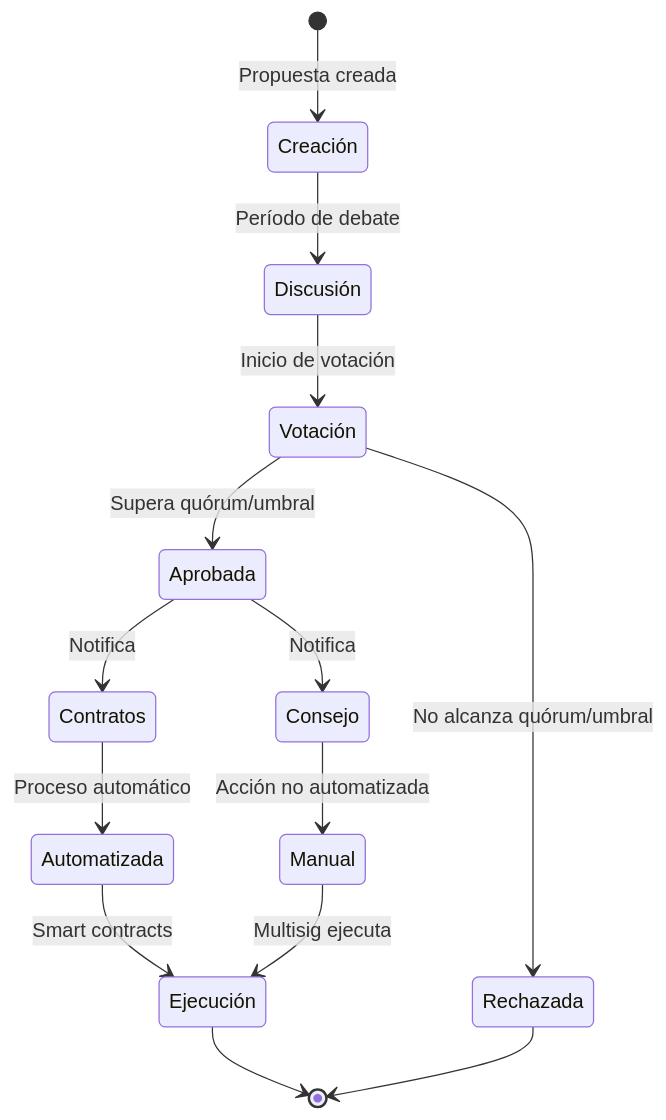
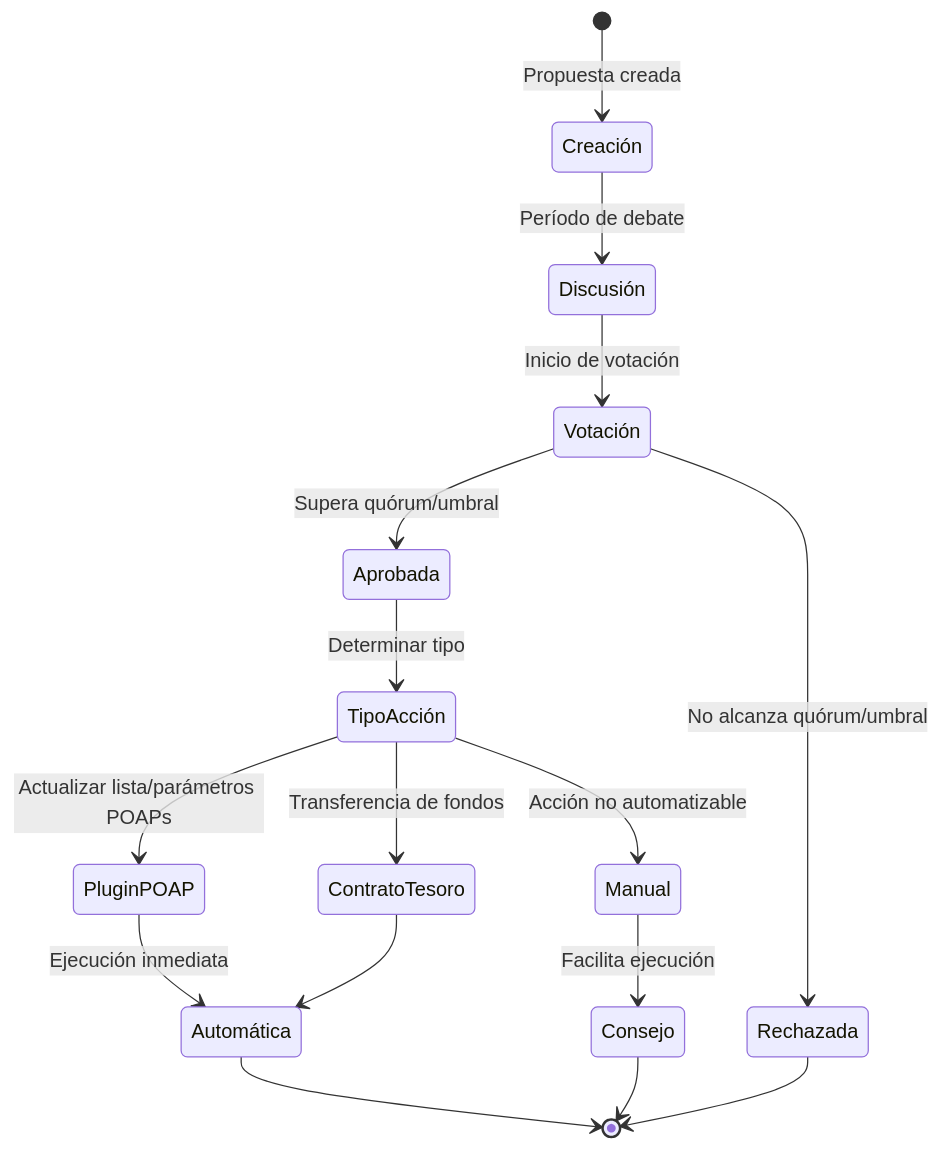
Before and after one commit to eth-ecuador/eth-ecuador-dao: the third of 5 diagrams in YellowPaper.md, drawn with Mermaid. The commit also changed other lines of this file, not shown here.

````diff
--- a/YellowPaper.md
+++ b/YellowPaper.md
@@ -169,16 +216,18 @@
 ```mermaid
 stateDiagram-v2
     [*] --> Creación: Propuesta creada
     Creación --> Discusión: Período de debate
     Discusión --> Votación: Inicio de votación
     Votación --> Rechazada: No alcanza quórum/umbral
     Votación --> Aprobada: Supera quórum/umbral
-    Aprobada --> Contratos: Notifica
-    Aprobada --> Consejo: Notifica
-    Contratos --> Automatizada: Proceso automático
-    Consejo --> Manual: Acción no automatizada
-    Automatizada --> Ejecución: Smart contracts
-    Manual --> Ejecución: Multisig ejecuta
-    Ejecución --> [*]
+    Aprobada --> TipoAcción: Determinar tipo
+    TipoAcción --> PluginPOAP: Actualizar lista/parámetros POAPs
+    TipoAcción --> ContratoTesoro: Transferencia de fondos
+    TipoAcción --> Manual: Acción no automatizable
+    PluginPOAP --> Automática: Ejecución inmediata
+    ContratoTesoro --> Automática
+    Manual --> Consejo: Facilita ejecución
+    Automática --> [*]
+    Consejo --> [*]
     Rechazada --> [*]
 ```
````
